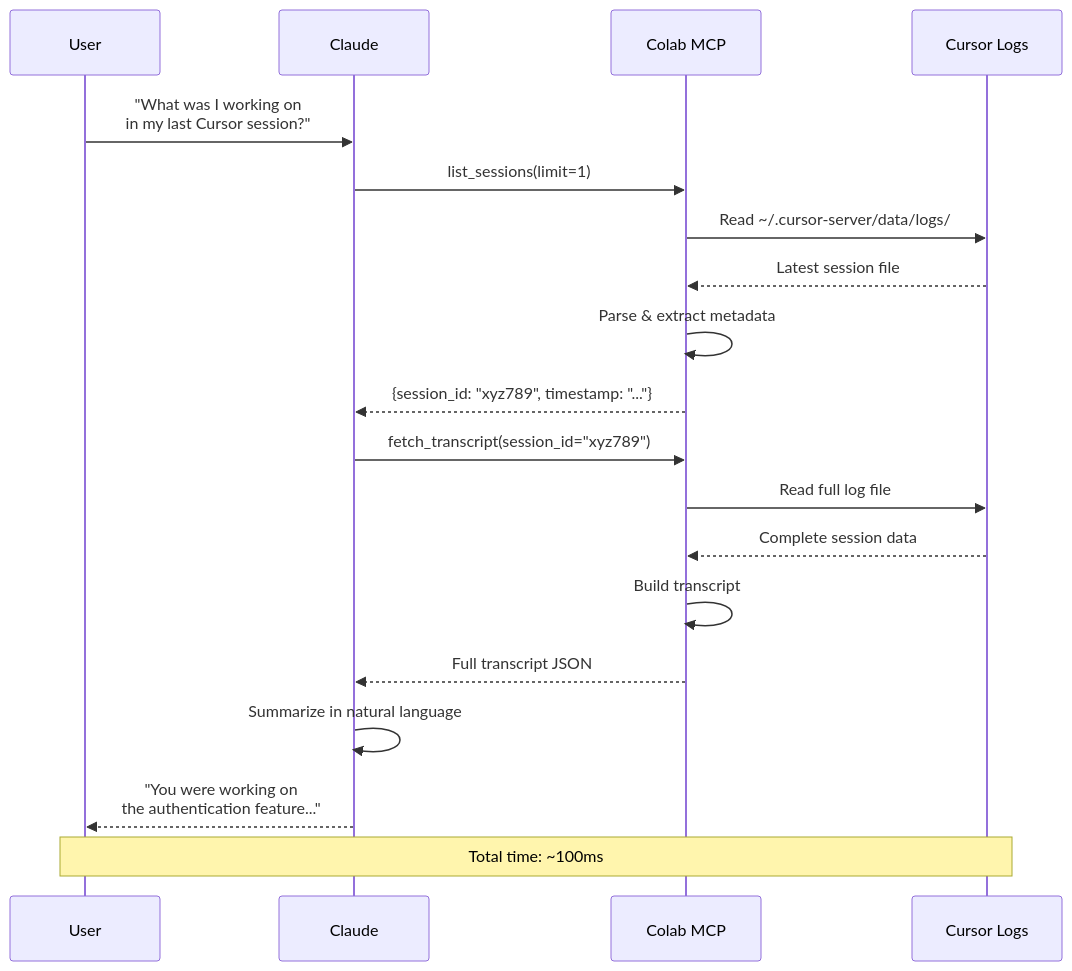
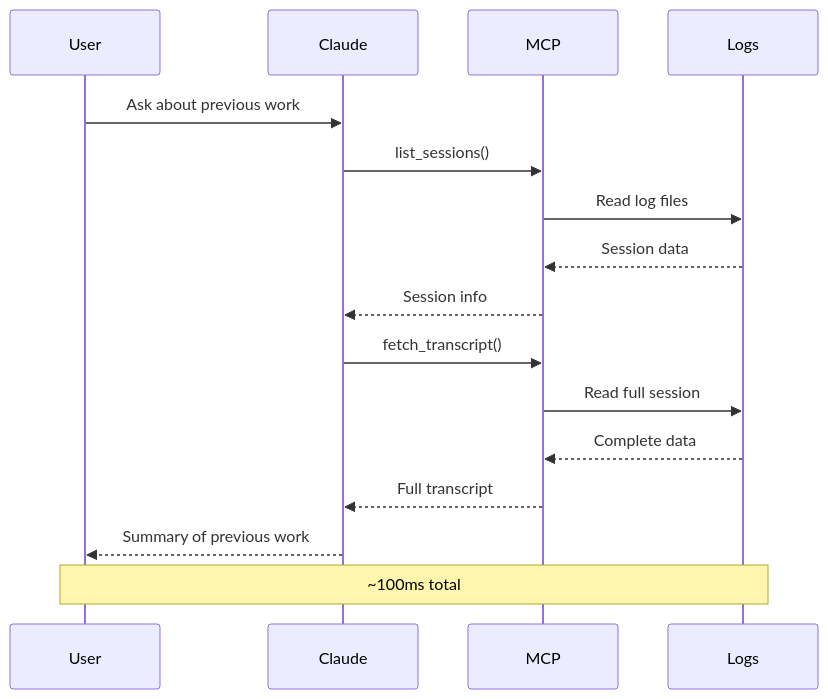
The second of 2 diagrams in docs/how-it-works.md (covertlabsaus/colab-mcp), drawn with Mermaid before and after one commit. The commit also changed other lines of this file and 1 other file, not shown here.

Commit message:
Simplify Mermaid diagrams with muted colors

````diff
--- a/docs/how-it-works.md
+++ b/docs/how-it-works.md
@@ -136,23 +132,20 @@
 ```mermaid
 sequenceDiagram
     participant User
     participant Claude
-    participant MCP as Colab MCP
-    participant Logs as Cursor Logs
+    participant MCP
+    participant Logs
 
-    User->>Claude: "What was I working on<br/>in my last Cursor session?"
-    Claude->>MCP: list_sessions(limit=1)
-    MCP->>Logs: Read ~/.cursor-server/data/logs/
-    Logs-->>MCP: Latest session file
-    MCP->>MCP: Parse & extract metadata
-    MCP-->>Claude: {session_id: "xyz789", timestamp: "..."}
-    Claude->>MCP: fetch_transcript(session_id="xyz789")
-    MCP->>Logs: Read full log file
-    Logs-->>MCP: Complete session data
-    MCP->>MCP: Build transcript
-    MCP-->>Claude: Full transcript JSON
-    Claude->>Claude: Summarize in natural language
-    Claude-->>User: "You were working on<br/>the authentication feature..."
+    User->>Claude: Ask about previous work
+    Claude->>MCP: list_sessions()
+    MCP->>Logs: Read log files
+    Logs-->>MCP: Session data
+    MCP-->>Claude: Session info
+    Claude->>MCP: fetch_transcript()
+    MCP->>Logs: Read full session
+    Logs-->>MCP: Complete data
+    MCP-->>Claude: Full transcript
+    Claude-->>User: Summary of previous work
     
-    Note over User,Logs: Total time: ~100ms
+    Note over User,Logs: ~100ms total
 ```
````
